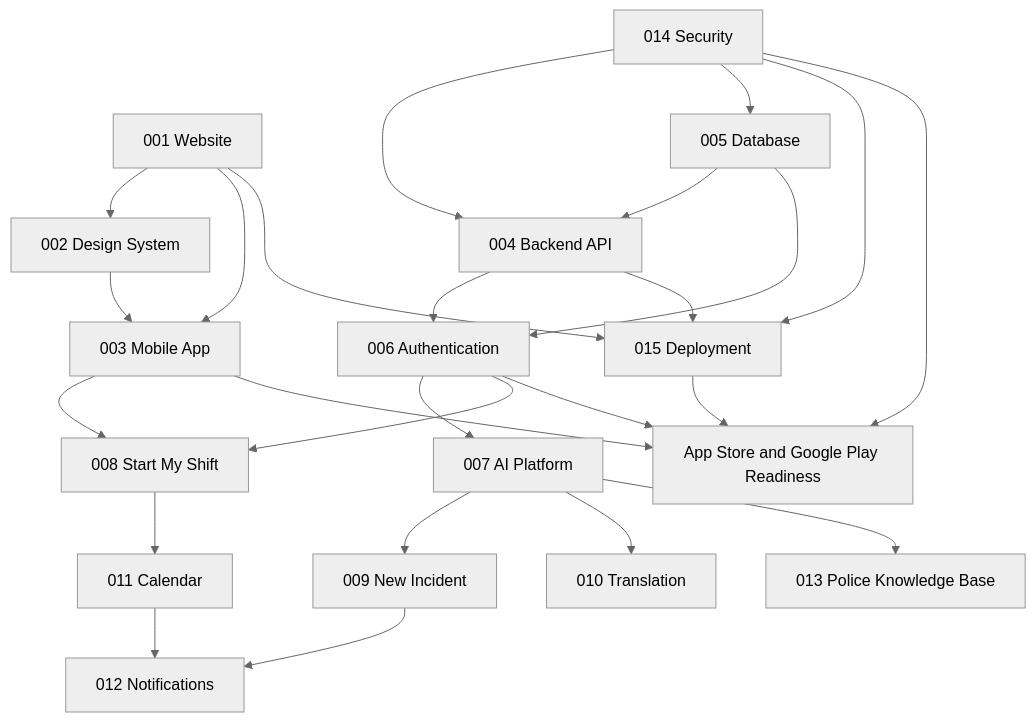
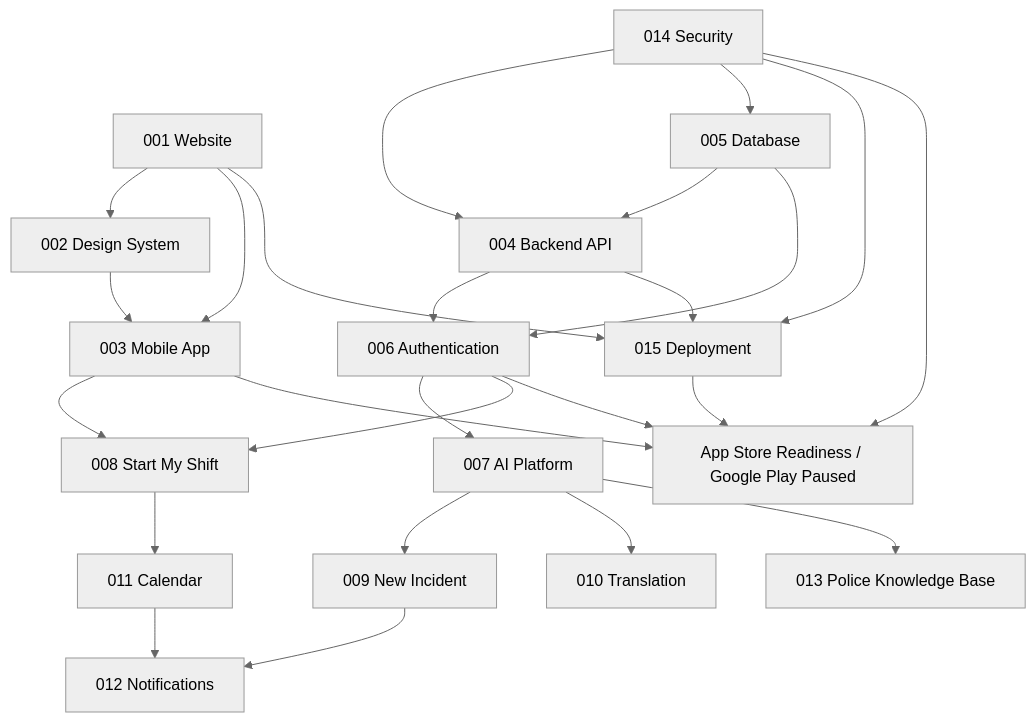
Before and after one commit to Saman1981OPAi/opai-website: the diagram in docs/dependency-map.md, drawn with Mermaid (neutral theme). The commit also changed other lines of this file and 6 other files, not shown here.

Commit message:
Update roadmap for iOS-first launch priority

````diff
--- a/docs/dependency-map.md
+++ b/docs/dependency-map.md
@@ -174,44 +177,44 @@
 ```mermaid
 flowchart TD
   P001["001 Website"]
   P002["002 Design System"]
   P003["003 Mobile App"]
   P005["005 Database"]
   P004["004 Backend API"]
   P014["014 Security"]
   P006["006 Authentication"]
   P007["007 AI Platform"]
   P008["008 Start My Shift"]
   P009["009 New Incident"]
   P010["010 Translation"]
   P011["011 Calendar"]
   P012["012 Notifications"]
   P013["013 Police Knowledge Base"]
   P015["015 Deployment"]
-  Store["App Store and Google Play Readiness"]
+  Store["App Store Readiness / Google Play Paused"]
 
   P001 --> P002
   P001 --> P003
   P002 --> P003
   P014 --> P004
   P014 --> P005
   P005 --> P004
   P004 --> P006
   P005 --> P006
   P006 --> P007
   P007 --> P009
   P007 --> P010
   P007 --> P013
   P003 --> P008
   P006 --> P008
   P008 --> P011
   P011 --> P012
   P009 --> P012
   P001 --> P015
   P004 --> P015
   P014 --> P015
   P003 --> Store
   P006 --> Store
   P014 --> Store
   P015 --> Store
 ```
````
